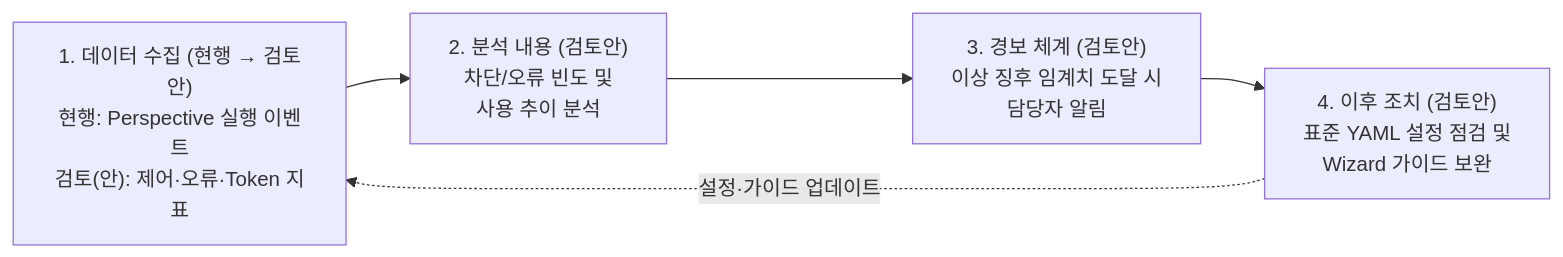
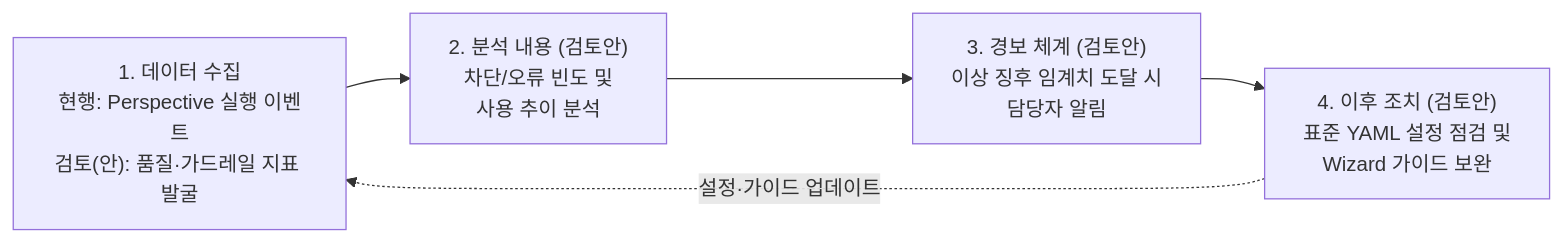
Before and after one commit to misjin05/playground: the first of 2 diagrams in AIS/Reports/Slide22_23_Update.md, drawn with Mermaid. The commit also changed other lines of this file and 1 other file, not shown here.

````diff
--- a/AIS/Reports/Slide22_23_Update.md
+++ b/AIS/Reports/Slide22_23_Update.md
@@ -21,7 +21,7 @@
 ```mermaid
 graph LR
-    S1["1. 데이터 수집 (현행 → 검토안)<br/>현행: Perspective 실행 이벤트<br/>검토(안): 제어·오류·Token 지표"] --> S2["2. 분석 내용 (검토안)<br/>차단/오류 빈도 및<br/>사용 추이 분석"]
+    S1["1. 데이터 수집<br/>현행: Perspective 실행 이벤트<br/>검토(안): 품질·가드레일 지표 발굴"] --> S2["2. 분석 내용 (검토안)<br/>차단/오류 빈도 및<br/>사용 추이 분석"]
     S2 --> S3["3. 경보 체계 (검토안)<br/>이상 징후 임계치 도달 시<br/>담당자 알림"]
     S3 --> S4["4. 이후 조치 (검토안)<br/>표준 YAML 설정 점검 및<br/>Wizard 가이드 보완"]
     S4 -.->|"설정·가이드 업데이트"| S1
 ```
````
